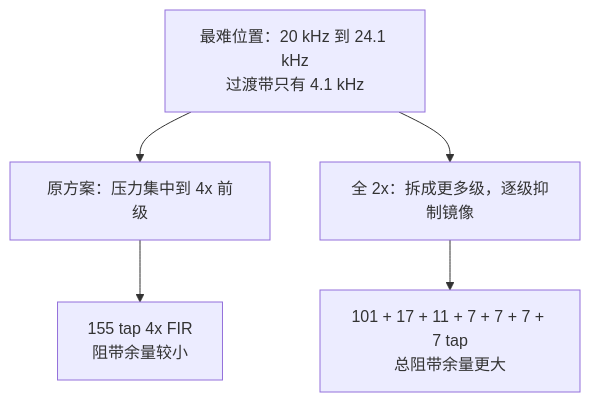
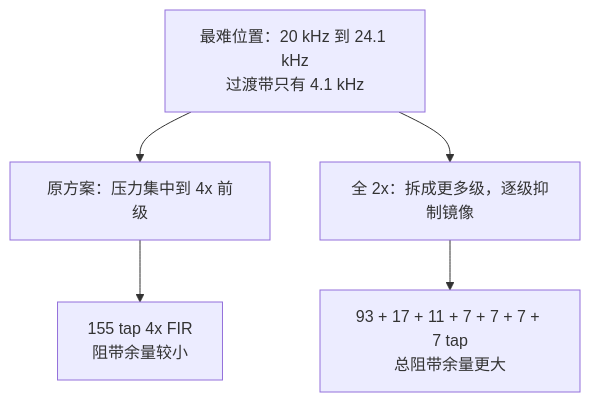
Before and after one commit to adudududua/fir-interpolation-filter-fpga: the fifth of 5 diagrams in matlab_fir/interp128_scheme_analysis_report.md, drawn with Mermaid. The commit also changed other lines of this file and 66 other files, not shown here.

````diff
--- a/matlab_fir/interp128_scheme_analysis_report.md
+++ b/matlab_fir/interp128_scheme_analysis_report.md
@@ -575,7 +577,7 @@
 ```mermaid
 flowchart TD
     A["最难位置：20 kHz 到 24.1 kHz<br/>过渡带只有 4.1 kHz"] --> B["原方案：压力集中到 4x 前级"]
     A --> C["全 2x：拆成更多级，逐级抑制镜像"]
     B --> D["155 tap 4x FIR<br/>阻带余量较小"]
-    C --> E["101 + 17 + 11 + 7 + 7 + 7 + 7 tap<br/>总阻带余量更大"]
+    C --> E["93 + 17 + 11 + 7 + 7 + 7 + 7 tap<br/>总阻带余量更大"]
 ```
````
